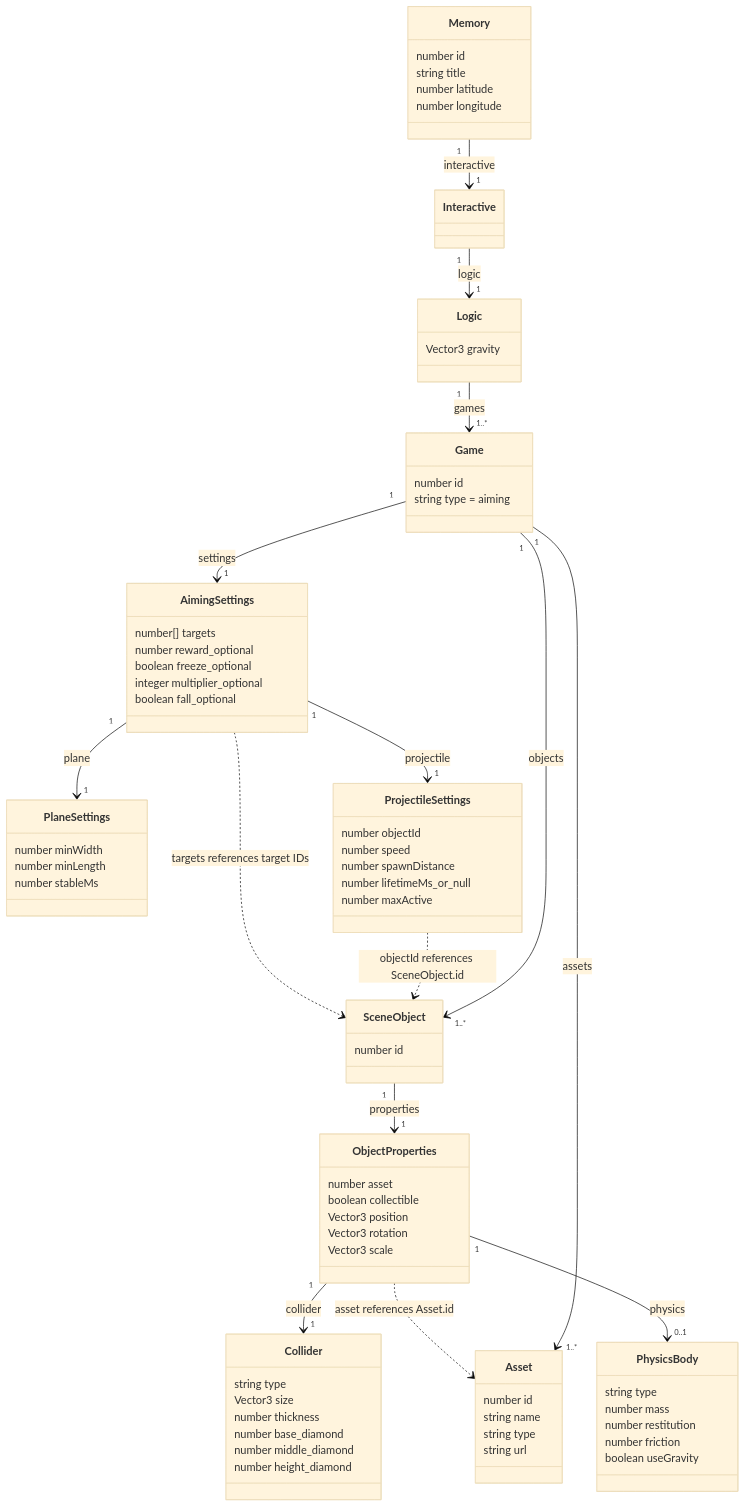
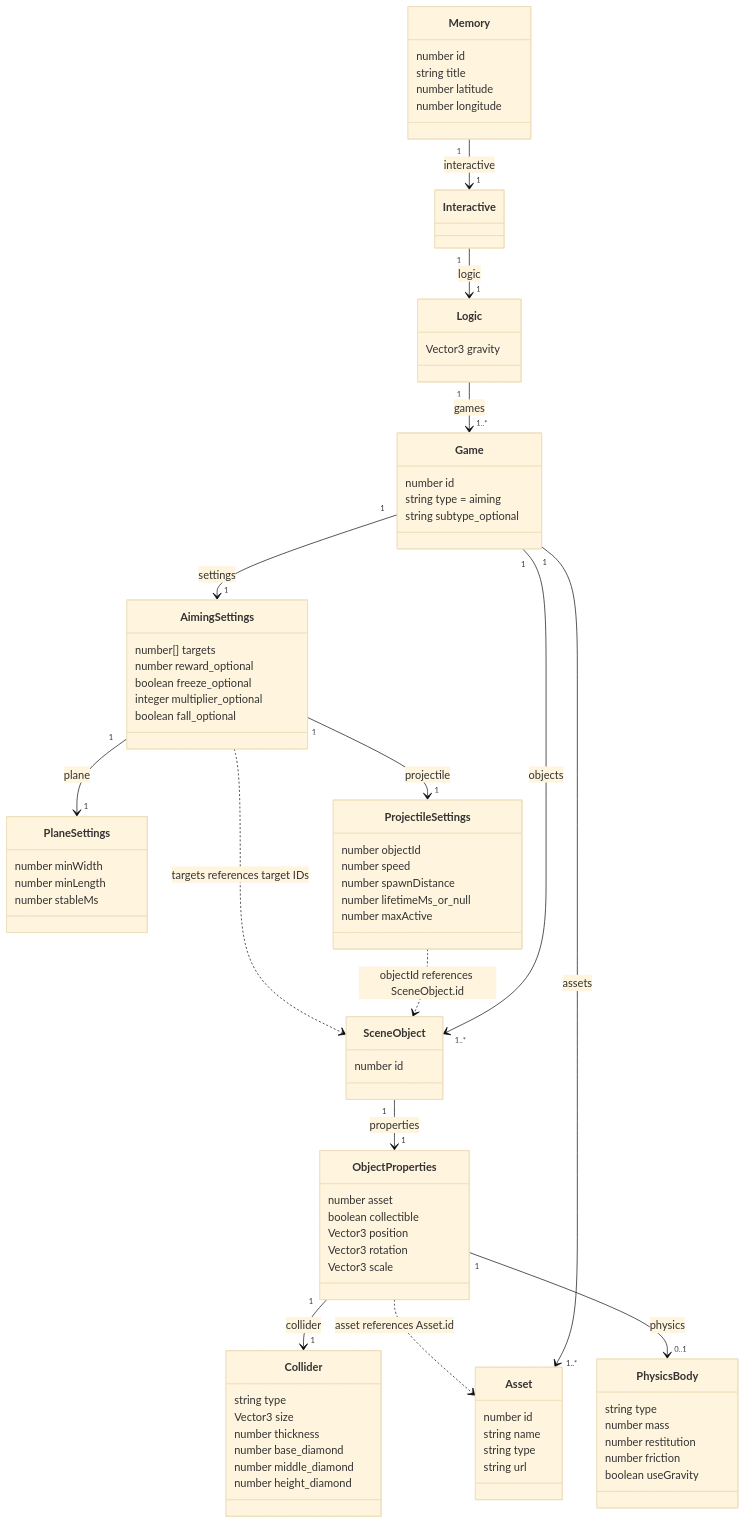
Before and after one commit to mystifiedmunchkin/echoes: the second of 3 diagrams in docs/jeux-adresse.md, drawn with Mermaid (base theme). The commit also changed other lines of this file and 14 other files, not shown here.

````diff
--- a/docs/jeux-adresse.md
+++ b/docs/jeux-adresse.md
@@ -158,81 +158,82 @@
 ```mermaid
 classDiagram
     Memory "1" --> "1" Interactive : interactive
     Interactive "1" --> "1" Logic : logic
     Logic "1" --> "1..*" Game : games
     Game "1" --> "1..*" Asset : assets
     Game "1" --> "1..*" SceneObject : objects
     Game "1" --> "1" AimingSettings : settings
     AimingSettings "1" --> "1" PlaneSettings : plane
     AimingSettings "1" --> "1" ProjectileSettings : projectile
     SceneObject "1" --> "1" ObjectProperties : properties
     ObjectProperties "1" --> "1" Collider : collider
     ObjectProperties "1" --> "0..1" PhysicsBody : physics
     ObjectProperties ..> Asset : asset references Asset.id
     ProjectileSettings ..> SceneObject : objectId references SceneObject.id
     AimingSettings ..> SceneObject : targets references target IDs
 
     class Memory {
         number id
         string title
         number latitude
         number longitude
     }
     class Logic {
         Vector3 gravity
     }
     class Game {
         number id
         string type = aiming
+        string subtype_optional
     }
     class Asset {
         number id
         string name
         string type
         string url
     }
     class AimingSettings {
         number[] targets
         number reward_optional
         boolean freeze_optional
         integer multiplier_optional
         boolean fall_optional
     }
     class PlaneSettings {
         number minWidth
         number minLength
         number stableMs
     }
     class ProjectileSettings {
         number objectId
         number speed
         number spawnDistance
         number lifetimeMs_or_null
         number maxActive
     }
     class SceneObject {
         number id
     }
     class ObjectProperties {
         number asset
         boolean collectible
         Vector3 position
         Vector3 rotation
         Vector3 scale
     }
     class Collider {
         string type
         Vector3 size
         number thickness
         number base_diamond
         number middle_diamond
         number height_diamond
     }
     class PhysicsBody {
         string type
         number mass
         number restitution
         number friction
         boolean useGravity
     }
 ```
````
